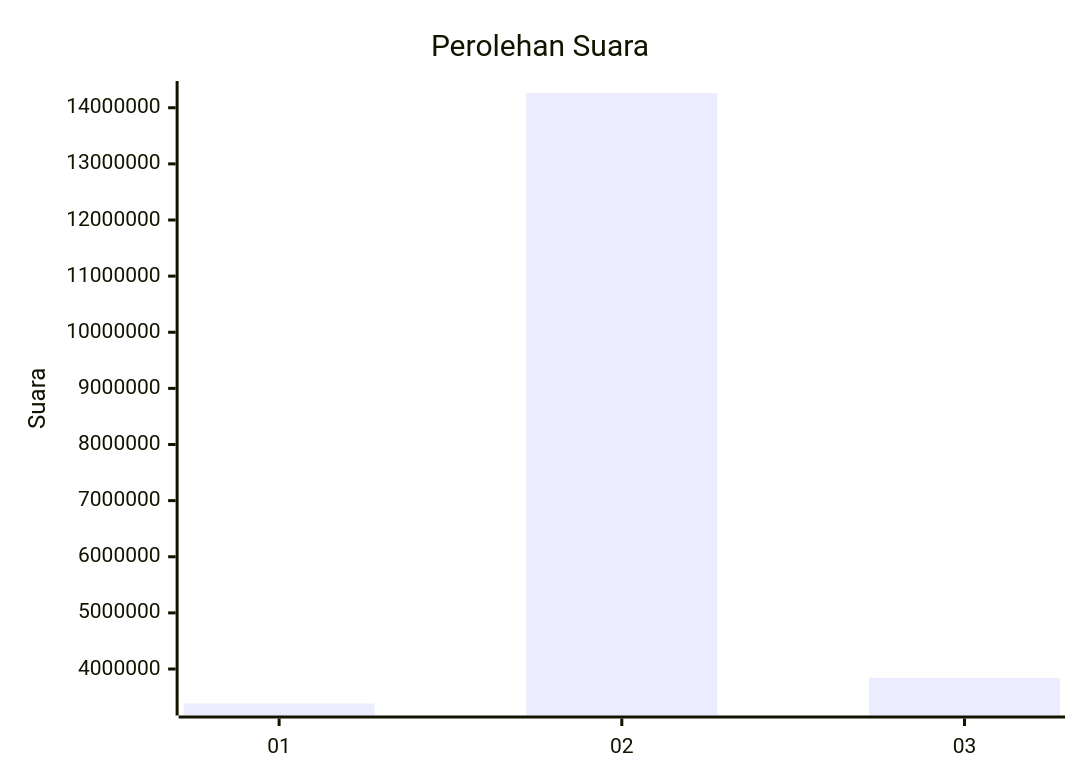
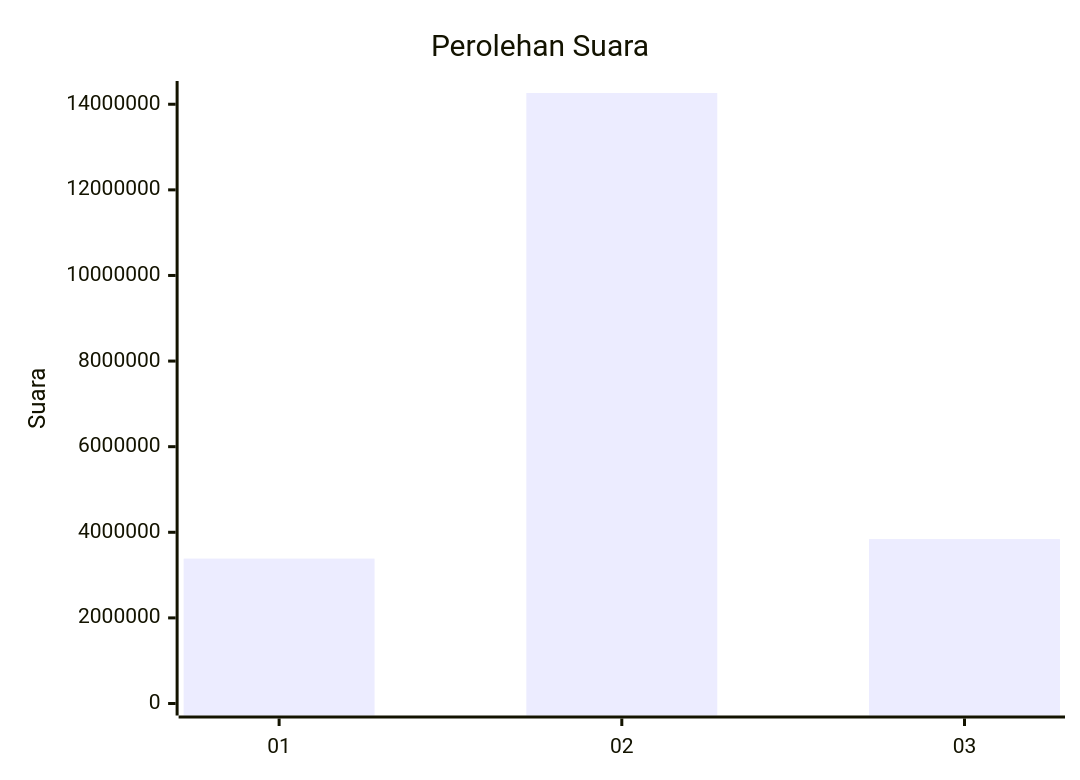
The first of 2 diagrams in pilpres/hitung-suara/sub/table-wilayah-35.md (gigit-pemilu/pemilu-2024), drawn with Mermaid before and after one commit. The commit also changed 42 other files, not shown here.

````diff
--- a/pilpres/hitung-suara/sub/table-wilayah-35.md
+++ b/pilpres/hitung-suara/sub/table-wilayah-35.md
@@ -7,7 +7,7 @@
 ```mermaid
 xychart-beta
     title "Perolehan Suara"
     x-axis [01, 02, 03]
-    y-axis "Suara"
+    y-axis "Suara" 0 --> 14262809
     bar [3385414, 14262809, 3840728]
 ```
````
